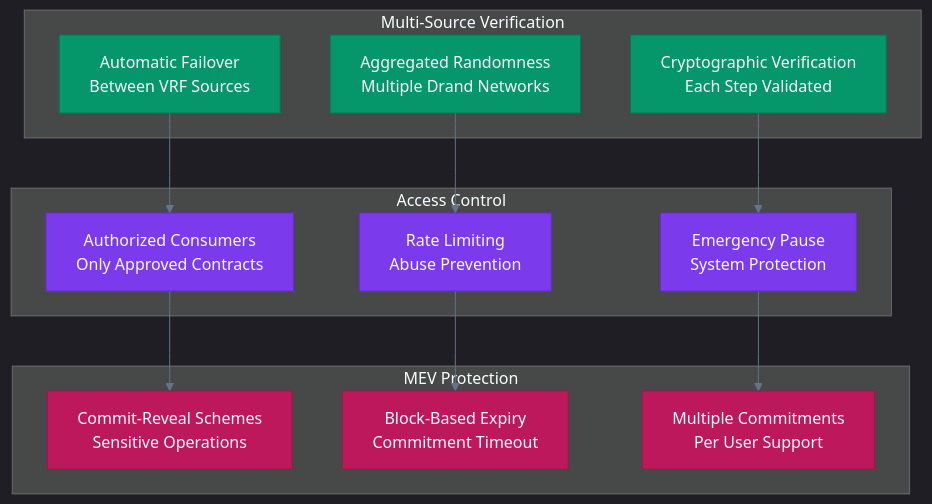
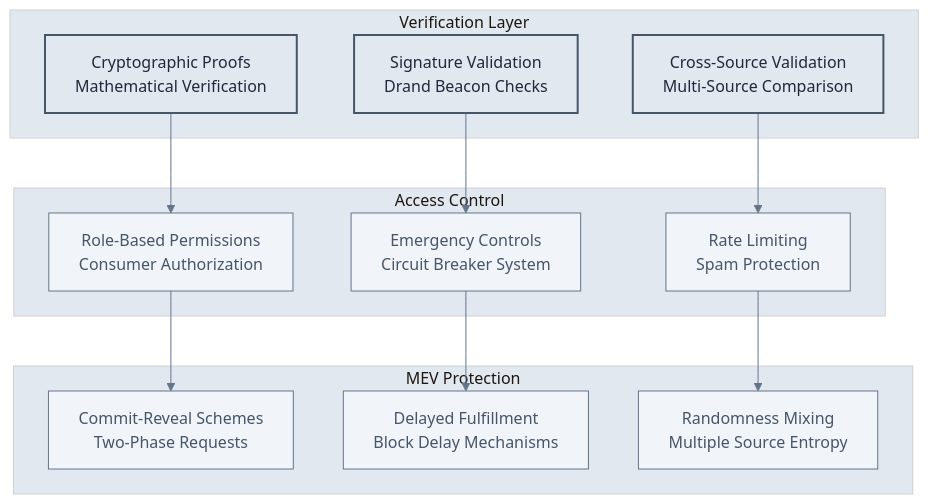
The fifth of 7 diagrams in docs/contracts/randomness/overview.md (wenakita/sonicreddragon-docs), drawn with Mermaid before and after one commit. The commit also changed other lines of this file and 3 other files, not shown here.

````diff
--- a/docs/contracts/randomness/overview.md
+++ b/docs/contracts/randomness/overview.md
@@ -322,44 +257,49 @@
 ```mermaid
 %%{init: {
-  'theme': 'dark',
+  'theme': 'base',
   'themeVariables': {
-    'primaryColor': '#be185d',
-    'primaryTextColor': '#f8fafc',
-    'lineColor': '#64748b'
+    'primaryColor': '#f8fafc',
+    'primaryTextColor': '#334155',
+    'primaryBorderColor': '#64748b',
+    'lineColor': '#64748b',
+    'secondaryColor': '#f1f5f9',
+    'tertiaryColor': '#e2e8f0'
   }
 }}%%
+
 graph TB
-    subgraph "Multi-Source Verification"
-        MS1["Automatic Failover<br/>Between VRF Sources"]
-        MS2["Aggregated Randomness<br/>Multiple Drand Networks"]
-        MS3["Cryptographic Verification<br/>Each Step Validated"]
+    subgraph "Verification Layer"
+        V1[Cryptographic Proofs<br/>Mathematical Verification]
+        V2[Signature Validation<br/>Drand Beacon Checks]
+        V3[Cross-Source Validation<br/>Multi-Source Comparison]
     end
     
     subgraph "Access Control"
-        AC1["Authorized Consumers<br/>Only Approved Contracts"]
-        AC2["Rate Limiting<br/>Abuse Prevention"]
-        AC3["Emergency Pause<br/>System Protection"]
+        A1[Role-Based Permissions<br/>Consumer Authorization]
+        A2[Emergency Controls<br/>Circuit Breaker System]
+        A3[Rate Limiting<br/>Spam Protection]
     end
     
     subgraph "MEV Protection"
-        MEV1["Commit-Reveal Schemes<br/>Sensitive Operations"]
-        MEV2["Block-Based Expiry<br/>Commitment Timeout"]
-        MEV3["Multiple Commitments<br/>Per User Support"]
+        M1[Commit-Reveal Schemes<br/>Two-Phase Requests]
+        M2[Delayed Fulfillment<br/>Block Delay Mechanisms]
+        M3[Randomness Mixing<br/>Multiple Source Entropy]
     end
     
-    MS1 --> AC1
-    MS2 --> AC2
-    MS3 --> AC3
+    V1 --> A1
+    V2 --> A2
+    V3 --> A3
     
-    AC1 --> MEV1
-    AC2 --> MEV2
-    AC3 --> MEV3
+    A1 --> M1
+    A2 --> M2
+    A3 --> M3
+
+    classDef default fill:#f8fafc,stroke:#64748b,stroke-width:2px,color:#334155
+    classDef verification fill:#e2e8f0,stroke:#475569,stroke-width:2px,color:#1e293b
+    classDef access fill:#f1f5f9,stroke:#64748b,stroke-width:1px,color:#475569
+    classDef mev fill:#f1f5f9,stroke:#64748b,stroke-width:1px,color:#475569
     
-    classDef multiSource fill:#059669,stroke:#047857,color:#f8fafc
-    classDef accessControl fill:#7c3aed,stroke:#6d28d9,color:#f8fafc
-    classDef mevProtection fill:#be185d,stroke:#9d174d,color:#f8fafc
-    
-    class MS1,MS2,MS3 multiSource
-    class AC1,AC2,AC3 accessControl
-    class MEV1,MEV2,MEV3 mevProtection
+    class V1,V2,V3 verification
+    class A1,A2,A3 access
+    class M1,M2,M3 mev
 ```
````
